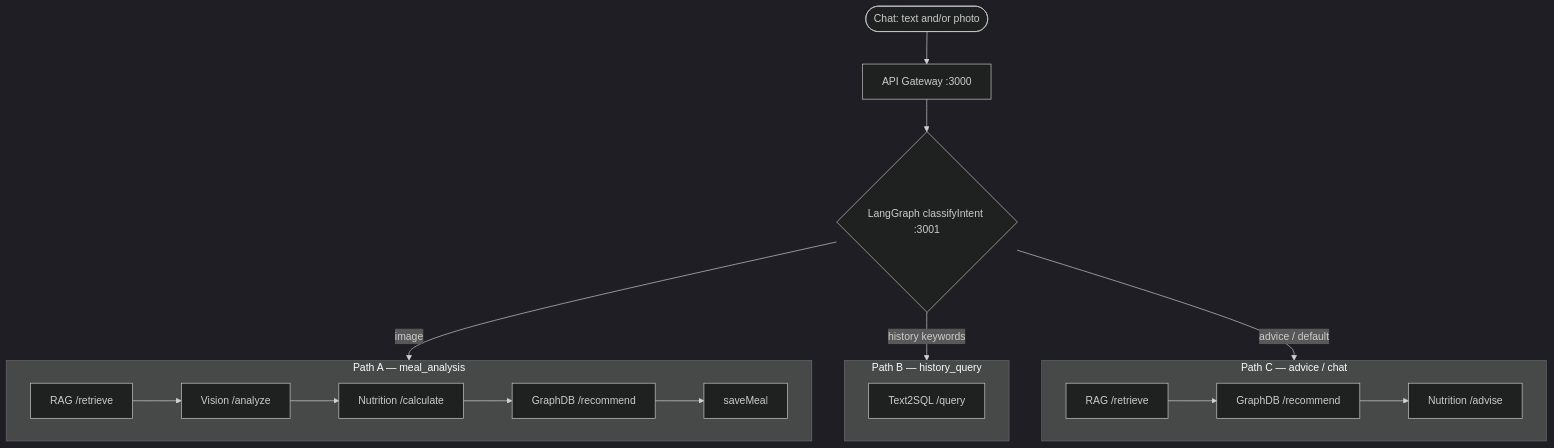
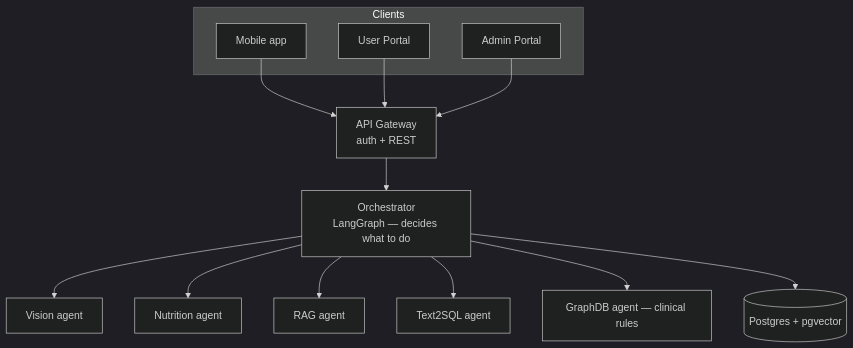
Before and after one commit to user-ai-2020/nutriagent-ai: the diagram in README.md, drawn with Mermaid (dark theme). The commit also changed other lines of this file, not shown here.

Commit message:
docs: rewrite README for clarity — what it is, why multi-agent, live demo

````diff
--- a/README.md
+++ b/README.md
@@ -35,25 +37,30 @@
 ```mermaid
 flowchart TB
-  START([Chat: text and/or photo]) --> GW[API Gateway :3000]
-  GW --> CI{LangGraph classifyIntent :3001}
-
-  CI -->|image| PA
-  CI -->|history keywords| PB
-  CI -->|advice / default| PC
-
-  subgraph PA["Path A — meal_analysis"]
-    A1[RAG /retrieve] --> A2[Vision /analyze]
-    A2 --> A3[Nutrition /calculate]
-    A3 --> A4[GraphDB /recommend]
-    A4 --> A5[saveMeal]
+  subgraph Clients
+    M[Mobile app]
+    U[User Portal]
+    A[Admin Portal]
   end
 
-  subgraph PB["Path B — history_query"]
-    B1[Text2SQL /query]
-  end
+  GW[API Gateway<br/>auth + REST]
+  LG[Orchestrator<br/>LangGraph — decides what to do]
 
-  subgraph PC["Path C — advice / chat"]
-    C1[RAG /retrieve] --> C2[GraphDB /recommend]
-    C2 --> C3[Nutrition /advise]
-  end
+  V[Vision agent]
+  N[Nutrition agent]
+  R[RAG agent]
+  T[Text2SQL agent]
+  G[GraphDB agent — clinical rules]
+
+  DB[(Postgres + pgvector)]
+
+  M --> GW
+  U --> GW
+  A --> GW
+  GW --> LG
+  LG --> V
+  LG --> N
+  LG --> R
+  LG --> T
+  LG --> G
+  LG --> DB
 ```
````
